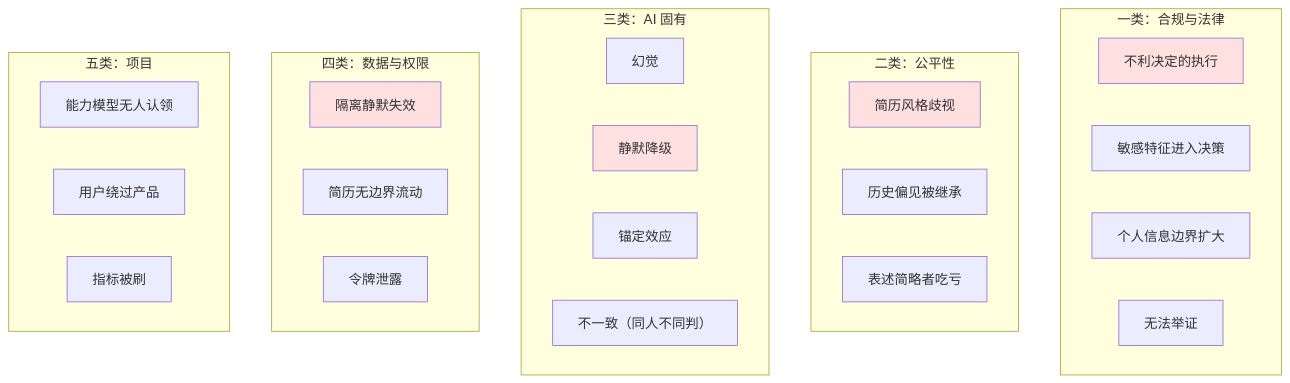
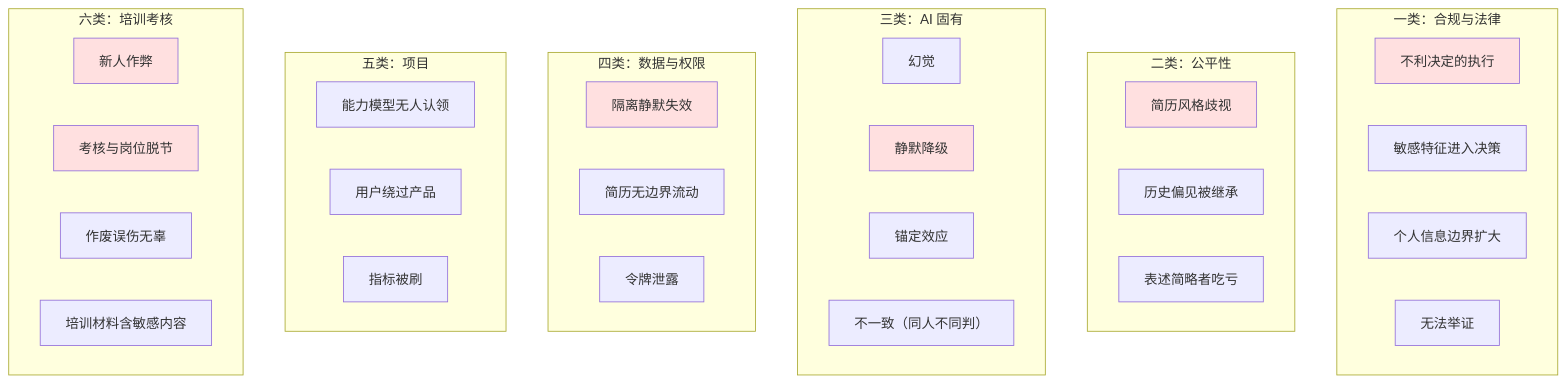
One commit to peanut987178110/ai-recruit-platform changed the diagram in docs/产品设计/09-风险与合规.md. Above: the diagram before and after it, drawn with Mermaid. The commit also changed other lines of this file and 30 other files, not shown here.

````diff
--- a/docs/产品设计/09-风险与合规.md
+++ b/docs/产品设计/09-风险与合规.md
@@ -12,34 +12,42 @@
 ```mermaid
 flowchart TB
     subgraph R1["一类：合规与法律"]
         A1["不利决定的执行"]
         A2["敏感特征进入决策"]
         A3["个人信息边界扩大"]
         A4["无法举证"]
     end
     subgraph R2["二类：公平性"]
         B1["简历风格歧视"]
         B2["历史偏见被继承"]
         B3["表述简略者吃亏"]
     end
     subgraph R3["三类：AI 固有"]
         C1["幻觉"]
         C2["静默降级"]
         C3["锚定效应"]
         C4["不一致（同人不同判）"]
     end
     subgraph R4["四类：数据与权限"]
         D1["隔离静默失效"]
         D2["简历无边界流动"]
         D3["令牌泄露"]
     end
     subgraph R5["五类：项目"]
         E1["能力模型无人认领"]
         E2["用户绕过产品"]
         E3["指标被刷"]
     end
+    subgraph R6["六类：培训考核"]
+        F1["新人作弊"]
+        F2["考核与岗位脱节"]
+        F3["作废误伤无辜"]
+        F4["培训材料含敏感内容"]
+    end
     style A1 fill:#ffe0e0
     style B1 fill:#ffe0e0
     style C2 fill:#ffe0e0
     style D1 fill:#ffe0e0
+    style F1 fill:#ffe0e0
+    style F2 fill:#ffe0e0
 ```
````
